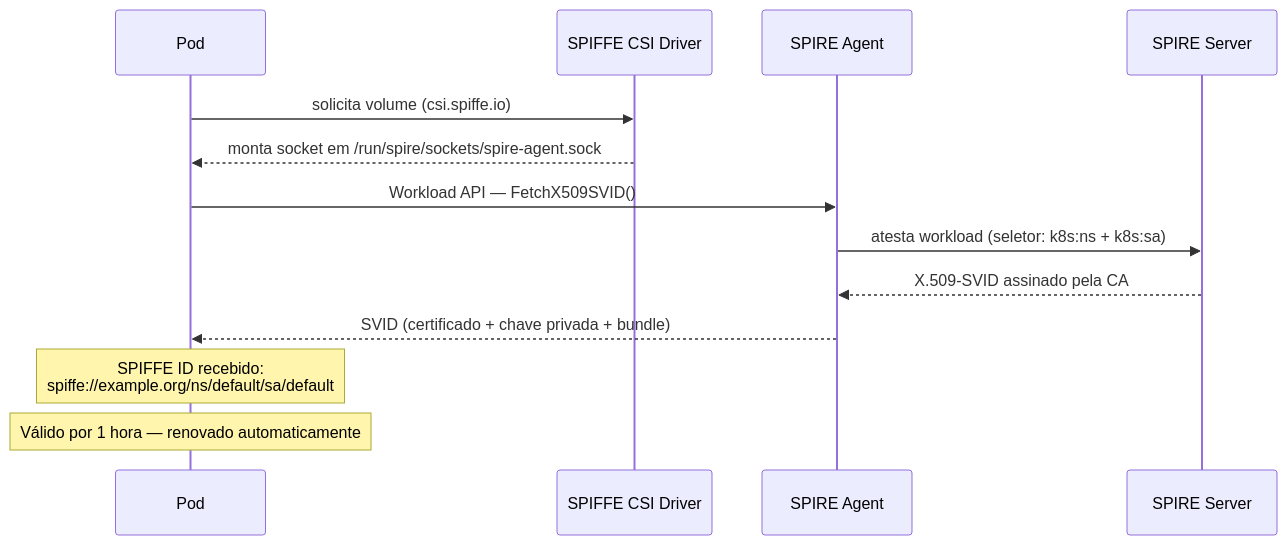
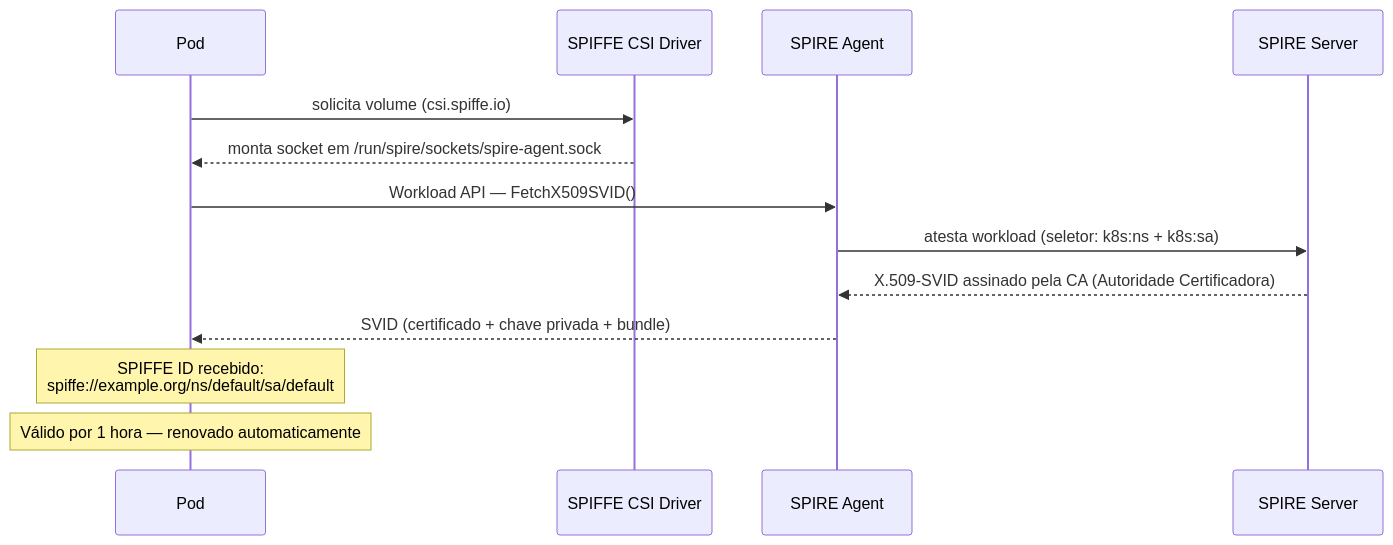
The diagram in lab01-svid-basic/README.md (glmrleite/spiffe-spire-workload-identity-lab), drawn with Mermaid before and after one commit. The commit also changed other lines of this file and 3 other files, not shown here.

````diff
--- a/lab01-svid-basic/README.md
+++ b/lab01-svid-basic/README.md
@@ -35,19 +37,19 @@
 ```mermaid
 sequenceDiagram
     participant Pod
     participant CSI as SPIFFE CSI Driver
     participant Agent as SPIRE Agent
     participant Server as SPIRE Server
 
     Pod->>CSI: solicita volume (csi.spiffe.io)
     CSI-->>Pod: monta socket em /run/spire/sockets/spire-agent.sock
 
     Pod->>Agent: Workload API — FetchX509SVID()
     Agent->>Server: atesta workload (seletor: k8s:ns + k8s:sa)
-    Server-->>Agent: X.509-SVID assinado pela CA
+    Server-->>Agent: X.509-SVID assinado pela CA (Autoridade Certificadora)
 
     Agent-->>Pod: SVID (certificado + chave privada + bundle)
 
     Note over Pod: SPIFFE ID recebido:<br/>spiffe://example.org/ns/default/sa/default
     Note over Pod: Válido por 1 hora — renovado automaticamente
 ```
````
